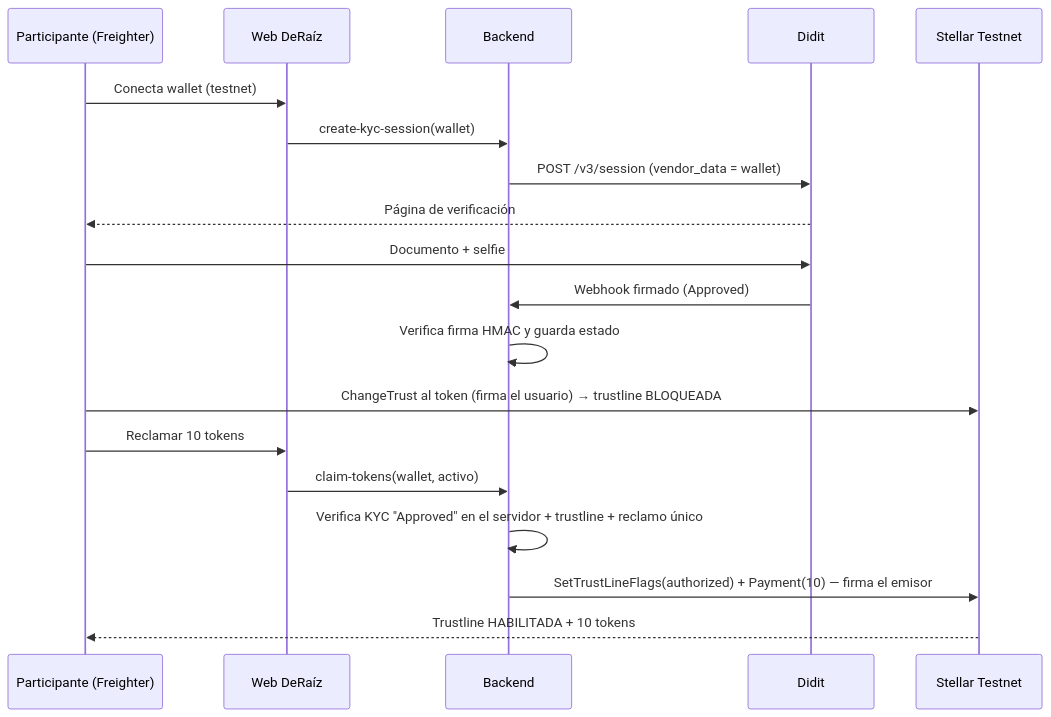
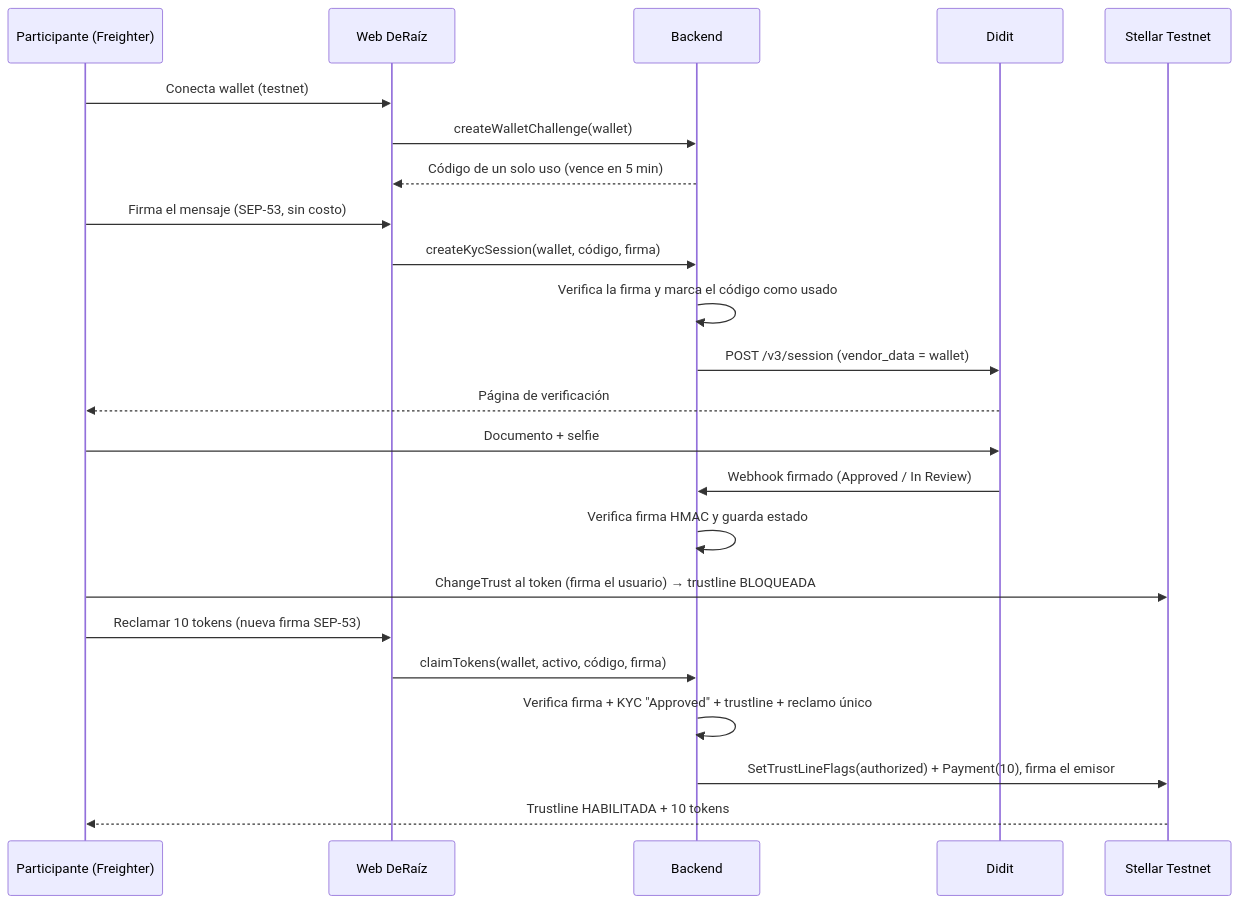
The second of 2 diagrams in README.md (diegoortizcpn-svg/deraiz), drawn with Mermaid before and after one commit. The commit also changed other lines of this file, not shown here.

Commit message:
Update README.md for Stellar Odyssey Perú details

````diff
--- a/README.md
+++ b/README.md
@@ -99,22 +99,26 @@
 ```mermaid
 sequenceDiagram
     participant U as Participante (Freighter)
     participant W as Web DeRaíz
     participant B as Backend
     participant D as Didit
     participant S as Stellar Testnet
 
     U->>W: Conecta wallet (testnet)
-    W->>B: create-kyc-session(wallet)
+    W->>B: createWalletChallenge(wallet)
+    B-->>W: Código de un solo uso (vence en 5 min)
+    U->>W: Firma el mensaje (SEP-53, sin costo)
+    W->>B: createKycSession(wallet, código, firma)
+    B->>B: Verifica la firma y marca el código como usado
     B->>D: POST /v3/session (vendor_data = wallet)
     D-->>U: Página de verificación
     U->>D: Documento + selfie
-    D->>B: Webhook firmado (Approved)
+    D->>B: Webhook firmado (Approved / In Review)
     B->>B: Verifica firma HMAC y guarda estado
     U->>S: ChangeTrust al token (firma el usuario) → trustline BLOQUEADA
-    U->>W: Reclamar 10 tokens
-    W->>B: claim-tokens(wallet, activo)
-    B->>B: Verifica KYC "Approved" en el servidor + trustline + reclamo único
-    B->>S: SetTrustLineFlags(authorized) + Payment(10) — firma el emisor
+    U->>W: Reclamar 10 tokens (nueva firma SEP-53)
+    W->>B: claimTokens(wallet, activo, código, firma)
+    B->>B: Verifica firma + KYC "Approved" + trustline + reclamo único
+    B->>S: SetTrustLineFlags(authorized) + Payment(10), firma el emisor
     S-->>U: Trustline HABILITADA + 10 tokens
 ```
````
